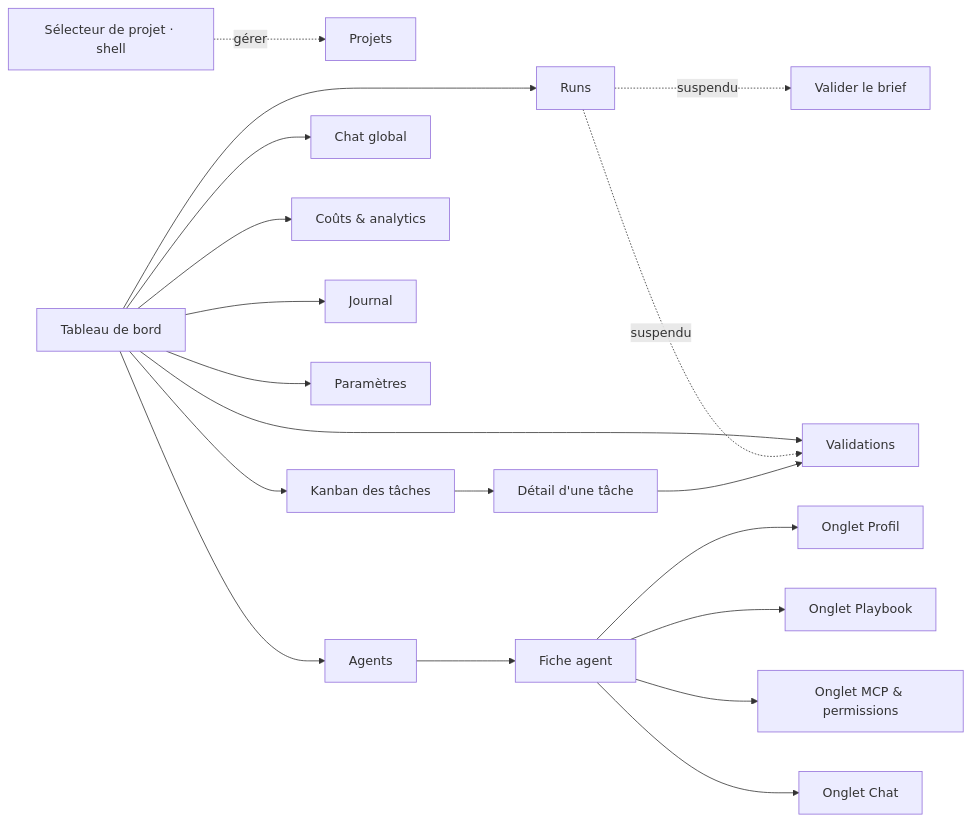
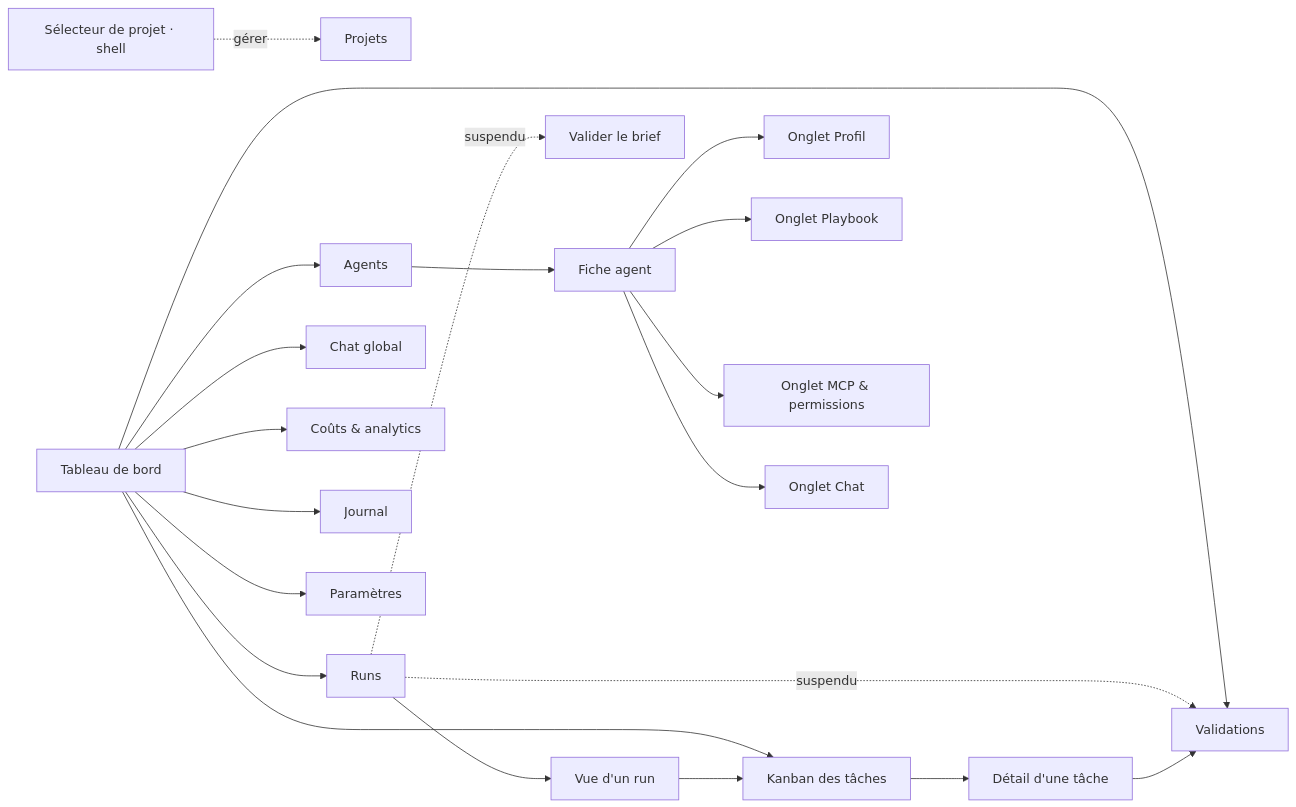
The diagram in docs/05-interface-control-tower.md (automatemaestro-create/maestro), drawn with Mermaid before and after one commit. The commit also changed other lines of this file and 10 other files, not shown here.

````diff
--- a/docs/05-interface-control-tower.md
+++ b/docs/05-interface-control-tower.md
@@ -35,21 +36,23 @@
 ```mermaid
 flowchart LR
     Selecteur[Sélecteur de projet · shell] -. gérer .-> Projets[Projets]
     Home[Tableau de bord] --> Runs[Runs]
     Home --> Agents[Agents]
     Home --> Chat[Chat global]
     Home --> Costs[Coûts & analytics]
     Home --> Approve[Validations]
     Home --> Journal[Journal]
     Home --> Settings[Paramètres]
     Home --> Tasks[Kanban des tâches]
+    Runs --> RunDetail[Vue d'un run]
+    RunDetail --> Tasks
     Runs -. suspendu .-> Brief[Valider le brief]
     Runs -. suspendu .-> Approve
     Agents --> AgentDetail[Fiche agent]
     AgentDetail --> Profil[Onglet Profil]
     AgentDetail --> Playbook[Onglet Playbook]
     AgentDetail --> Mcp[Onglet MCP & permissions]
     AgentDetail --> AgentChat[Onglet Chat]
     Tasks --> TaskDetail[Détail d'une tâche]
     TaskDetail --> Approve
 ```
````
